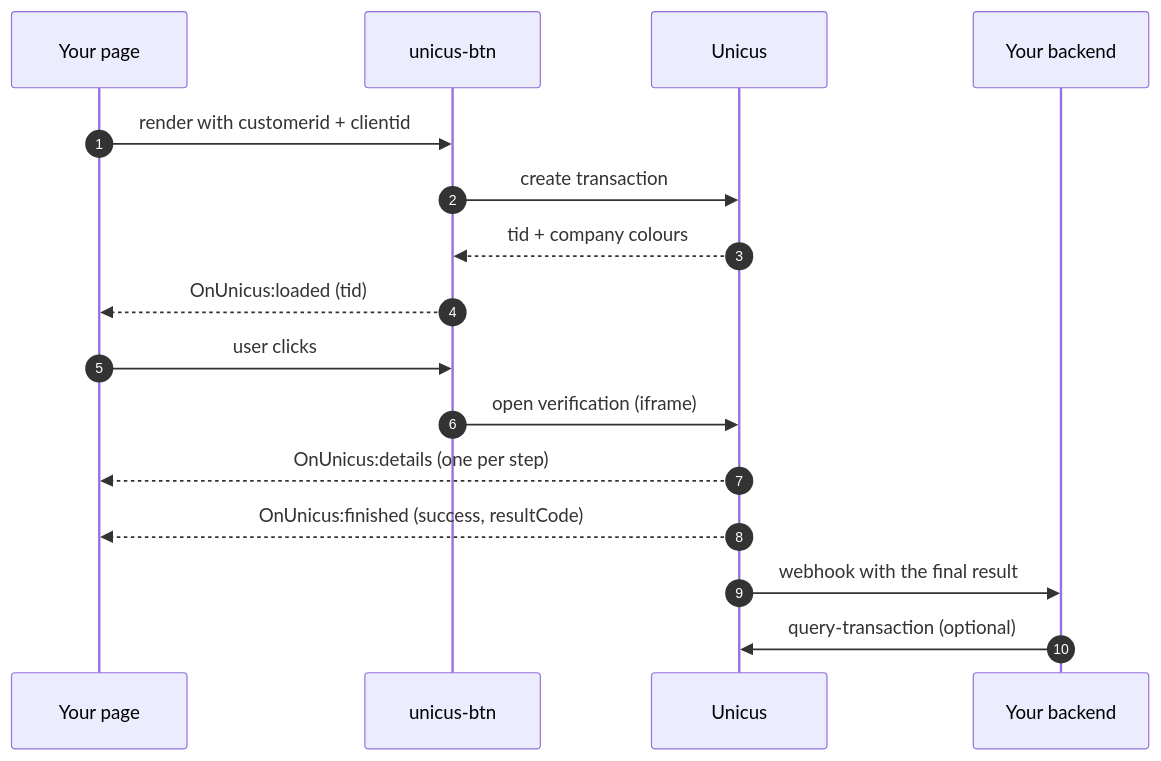
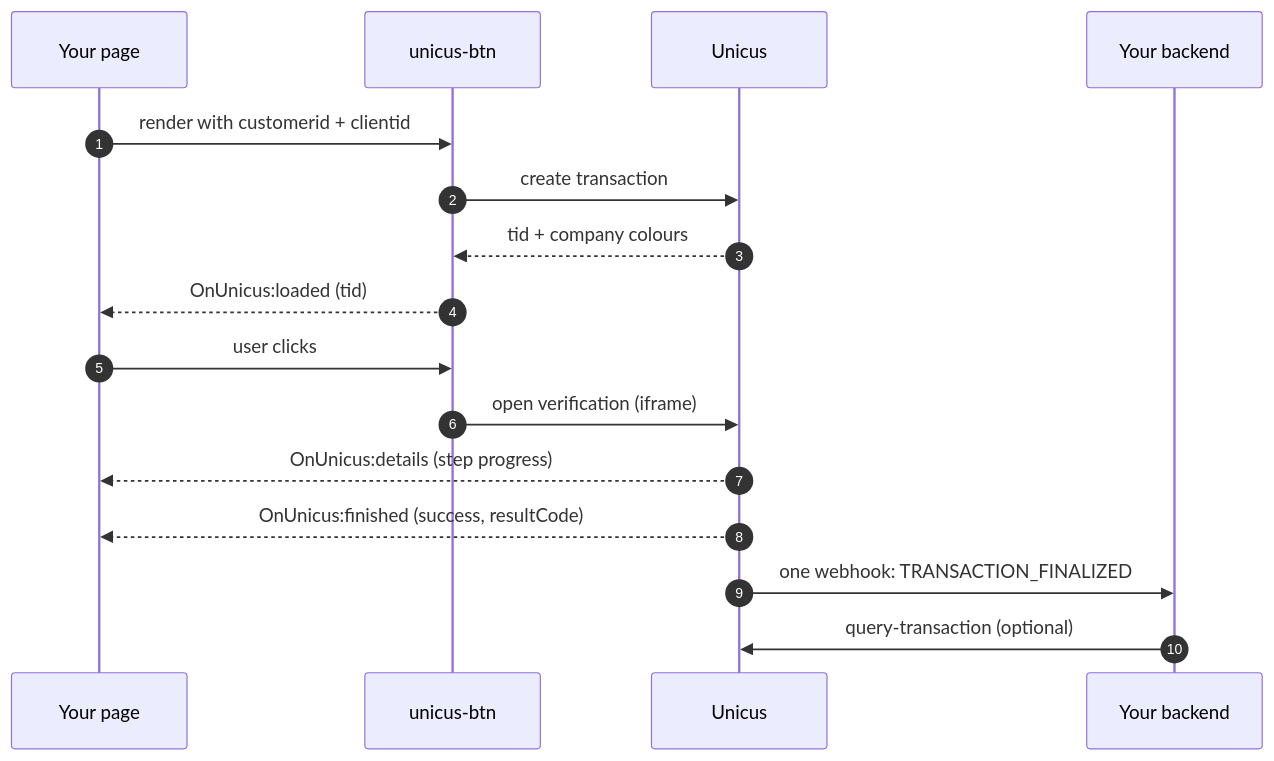
The diagram in unicus/sdk-web-v5/overview.md (tekbees/unicus-docs), drawn with Mermaid before and after one commit. The commit also changed other lines of this file and 33 other files, not shown here.

First line of the commit message:
docs(web-sdk-5): checked against the code, final webhook, integration checklist and Spanish version

````diff
--- a/unicus/sdk-web-v5/overview.md
+++ b/unicus/sdk-web-v5/overview.md
@@ -46,18 +50,18 @@
 ```mermaid
 sequenceDiagram
   autonumber
   participant P as Your page
   participant B as unicus-btn
   participant U as Unicus
   participant S as Your backend
   P->>B: render with customerid + clientid
   B->>U: create transaction
   U-->>B: tid + company colours
   B-->>P: OnUnicus:loaded (tid)
   P->>B: user clicks
   B->>U: open verification (iframe)
-  U-->>P: OnUnicus:details (one per step)
+  U-->>P: OnUnicus:details (step progress)
   U-->>P: OnUnicus:finished (success, resultCode)
-  U->>S: webhook with the final result
+  U->>S: one webhook: TRANSACTION_FINALIZED
   S->>U: query-transaction (optional)
 ```
````
